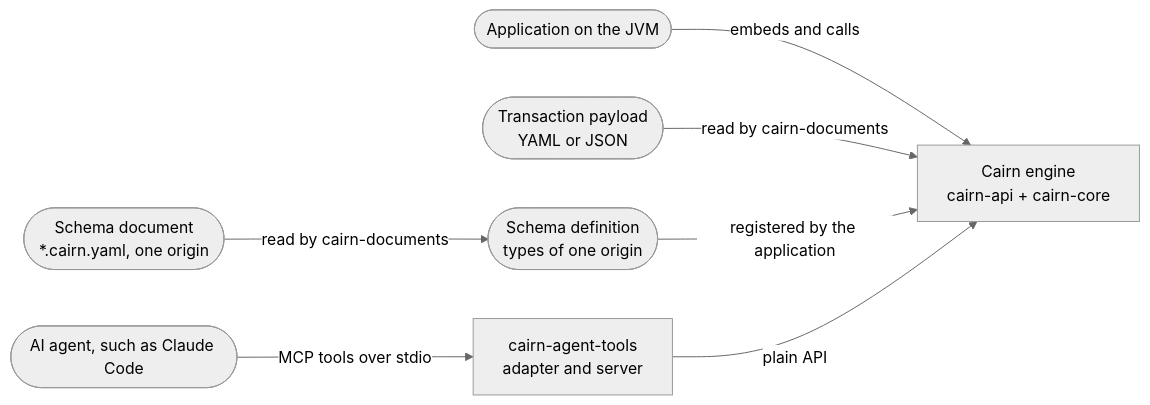
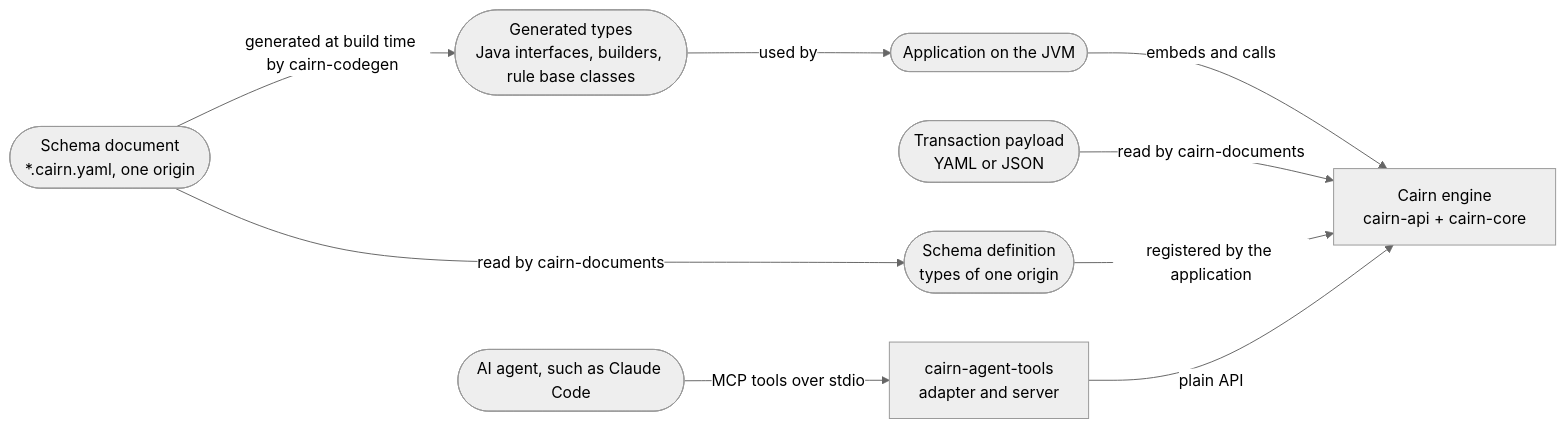
Before and after one commit to enricoag1982/Cairn: the first of 3 diagrams in docs/architecture/README.md, drawn with Mermaid (neutral theme). The commit also changed other lines of this file and 4 other files, not shown here.

First line of the commit message:
docs: describe generated Java types in a guide, the architecture and the status lines

````diff
--- a/docs/architecture/README.md
+++ b/docs/architecture/README.md
@@ -33,9 +33,11 @@
 ```mermaid
 flowchart LR
     app([Application on the JVM]) -->|embeds and calls| cairn[Cairn engine<br/>cairn-api + cairn-core]
     doc([Schema document<br/>*.cairn.yaml, one origin]) -->|read by cairn-documents| model([Schema definition<br/>types of one origin])
     payload([Transaction payload<br/>YAML or JSON]) -->|read by cairn-documents| cairn
     model -->|registered by the application| cairn
+    doc -->|generated at build time by cairn-codegen| types([Generated types<br/>Java interfaces, builders, rule base classes])
+    types -->|used by| app
     agent([AI agent, such as Claude Code]) -->|MCP tools over stdio| tools[cairn-agent-tools<br/>adapter and server]
     tools -->|plain API| cairn
 ```
````
